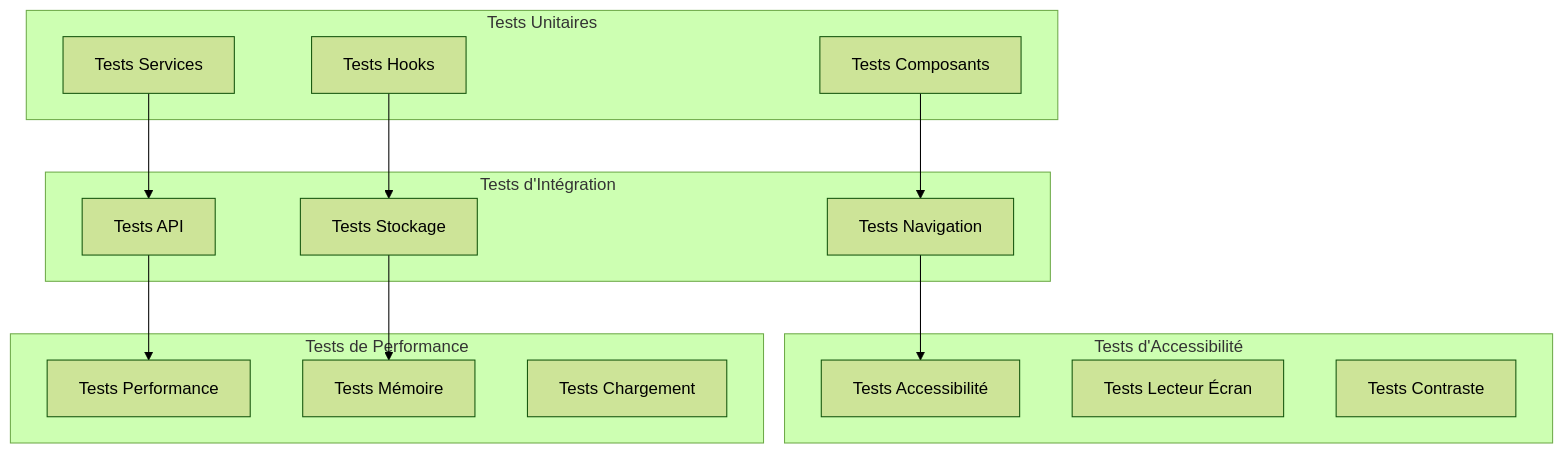
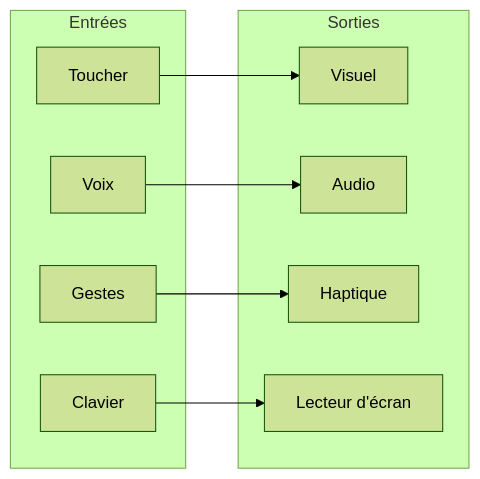
Before and after one commit to Fleau75/Projet-Final: the sixth of 8 diagrams in docs/ARCHITECTURE_GUIDE.md, drawn with Mermaid (forest theme). The commit also changed other lines of this file and 33 other files, not shown here.

Commit message:
docs: mise à jour complète de la documentation (Juin 2025) avec toutes les nouvelles fonctionnalités, tests, UX/UI, accessibilité, sécurité et déploiement

````diff
--- a/docs/ARCHITECTURE_GUIDE.md
+++ b/docs/ARCHITECTURE_GUIDE.md
@@ -525,34 +378,21 @@
 ```mermaid
-graph TB
-    subgraph "Tests Unitaires"
-        COMP_TESTS[Tests Composants]
-        SERVICE_TESTS[Tests Services]
-        HOOK_TESTS[Tests Hooks]
+graph LR
+    subgraph "Entrées"
+        TOUCH[Toucher]
+        VOICE[Voix]
+        SWIPE[Gestes]
+        KEYBOARD[Clavier]
     end
     
-    subgraph "Tests d'Intégration"
-        NAV_TESTS[Tests Navigation]
-        API_TESTS[Tests API]
-        STORAGE_TESTS[Tests Stockage]
+    subgraph "Sorties"
+        VISUAL[Visuel]
+        AUDIO[Audio]
+        HAPTIC[Haptique]
+        SCREEN_READER[Lecteur d'écran]
     end
     
-    subgraph "Tests d'Accessibilité"
-        ACCESS_TESTS[Tests Accessibilité]
-        SCREEN_TESTS[Tests Lecteur Écran]
-        CONTRAST_TESTS[Tests Contraste]
-    end
-    
-    subgraph "Tests de Performance"
-        PERF_TESTS[Tests Performance]
-        MEMORY_TESTS[Tests Mémoire]
-        LOAD_TESTS[Tests Chargement]
-    end
-    
-    COMP_TESTS --> NAV_TESTS
-    SERVICE_TESTS --> API_TESTS
-    HOOK_TESTS --> STORAGE_TESTS
-    
-    NAV_TESTS --> ACCESS_TESTS
-    API_TESTS --> PERF_TESTS
-    STORAGE_TESTS --> MEMORY_TESTS
+    TOUCH --> VISUAL
+    VOICE --> AUDIO
+    SWIPE --> HAPTIC
+    KEYBOARD --> SCREEN_READER
 ```
````
